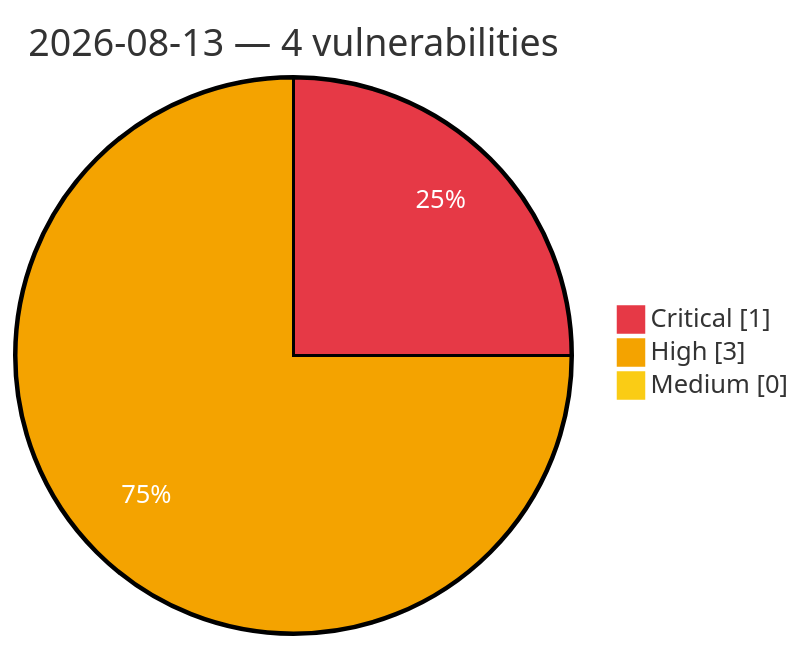
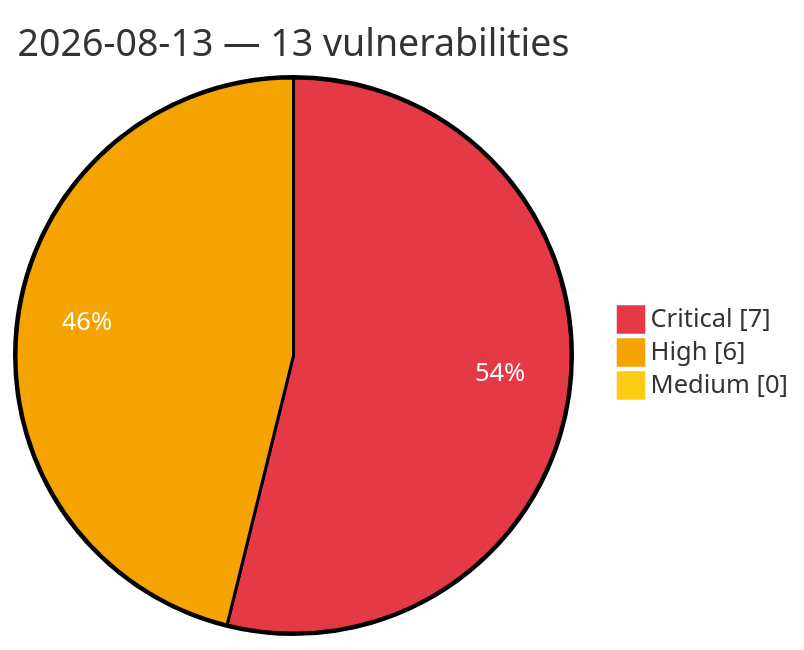
The diagram in vulnerabilities/2026/August/2026-08-13.md (GhostX0X/vuln-tracker), drawn with Mermaid before and after one commit. The commit also changed other lines of this file and 5 other files, not shown here.

Commit message:
Auto update: critical/high vulns (2026-08-13 11:10 UTC)

````diff
--- a/vulnerabilities/2026/August/2026-08-13.md
+++ b/vulnerabilities/2026/August/2026-08-13.md
@@ -3,8 +3,8 @@
 ```mermaid
 %%{init: {'theme':'base', 'themeVariables': {'pie1':'#e63946', 'pie2':'#f4a300', 'pie3':'#facc15', 'pieOpacity':'1', 'pieOuterStrokeWidth':'2px', 'pieSectionTextColor':'#ffffff'}}}%%
 pie showData
-    title 2026-08-13 — 4 vulnerabilities
-    "Critical" : 1
-    "High" : 3
+    title 2026-08-13 — 13 vulnerabilities
+    "Critical" : 7
+    "High" : 6
     "Medium" : 0
 ```
````
